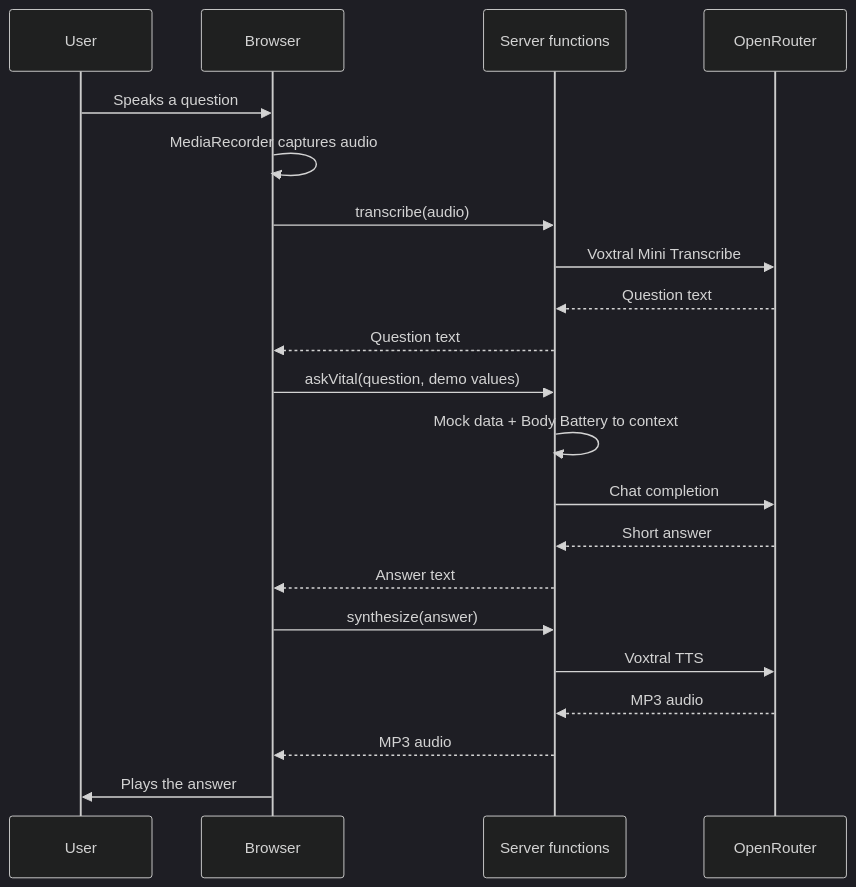
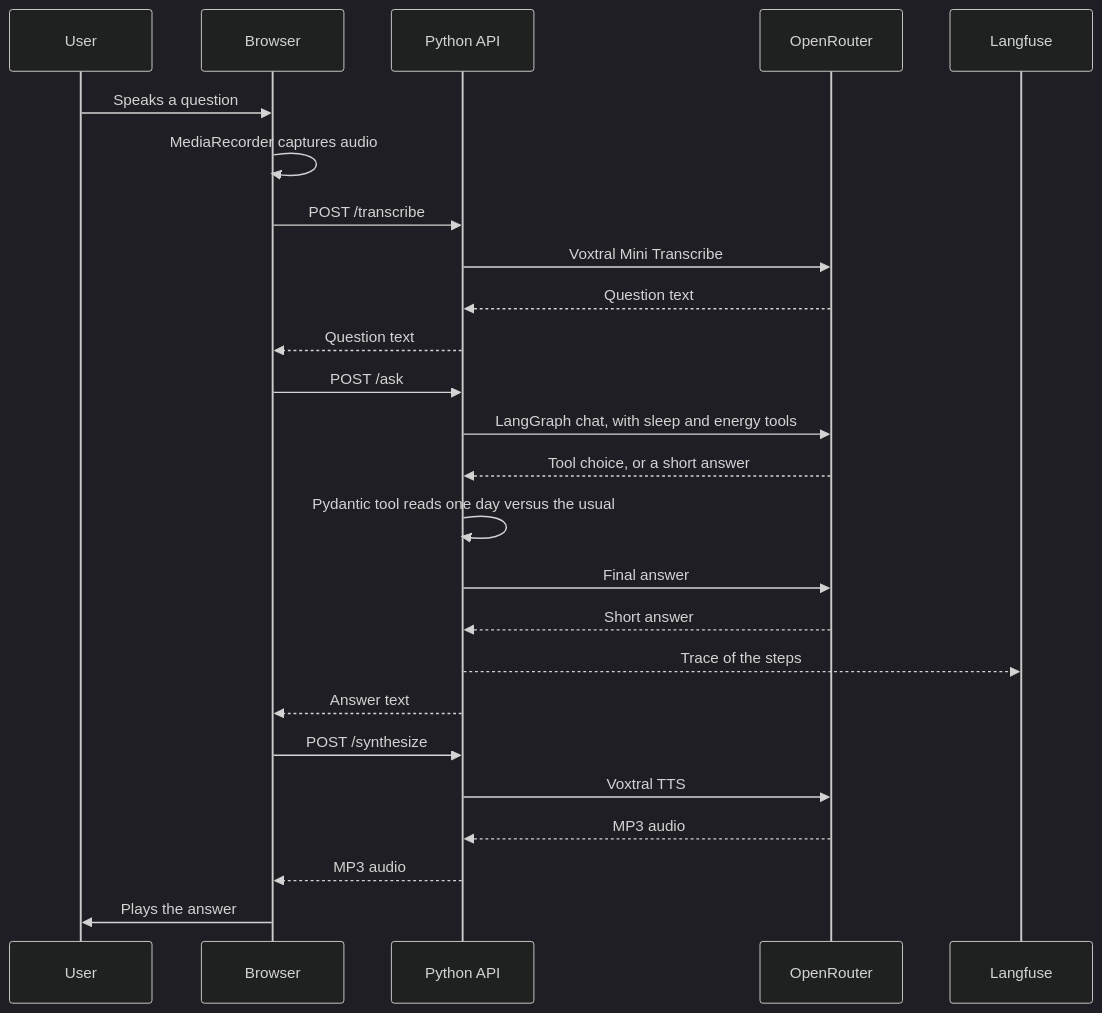
The diagram in docs/architecture.mdx (vitalvie/vital), drawn with Mermaid (dark theme) before and after one commit. The commit also changed other lines of this file and 40 other files, not shown here.

First line of the commit message:
feat(api): move chat and voice to a Python service (#52)

````diff
--- a/docs/architecture.mdx
+++ b/docs/architecture.mdx
@@ -27,23 +28,27 @@
 ```mermaid
 sequenceDiagram
   participant U as User
   participant B as Browser
-  participant S as Server functions
+  participant A as Python API
   participant M as OpenRouter
+  participant Lf as Langfuse
   U->>B: Speaks a question
   B->>B: MediaRecorder captures audio
-  B->>S: transcribe(audio)
-  S->>M: Voxtral Mini Transcribe
-  M-->>S: Question text
-  S-->>B: Question text
-  B->>S: askVital(question, demo values)
-  S->>S: Mock data + Body Battery to context
-  S->>M: Chat completion
-  M-->>S: Short answer
-  S-->>B: Answer text
-  B->>S: synthesize(answer)
-  S->>M: Voxtral TTS
-  M-->>S: MP3 audio
-  S-->>B: MP3 audio
+  B->>A: POST /transcribe
+  A->>M: Voxtral Mini Transcribe
+  M-->>A: Question text
+  A-->>B: Question text
+  B->>A: POST /ask
+  A->>M: LangGraph chat, with sleep and energy tools
+  M-->>A: Tool choice, or a short answer
+  A->>A: Pydantic tool reads one day versus the usual
+  A->>M: Final answer
+  M-->>A: Short answer
+  A-->>Lf: Trace of the steps
+  A-->>B: Answer text
+  B->>A: POST /synthesize
+  A->>M: Voxtral TTS
+  M-->>A: MP3 audio
+  A-->>B: MP3 audio
   B->>U: Plays the answer
 ```
````
